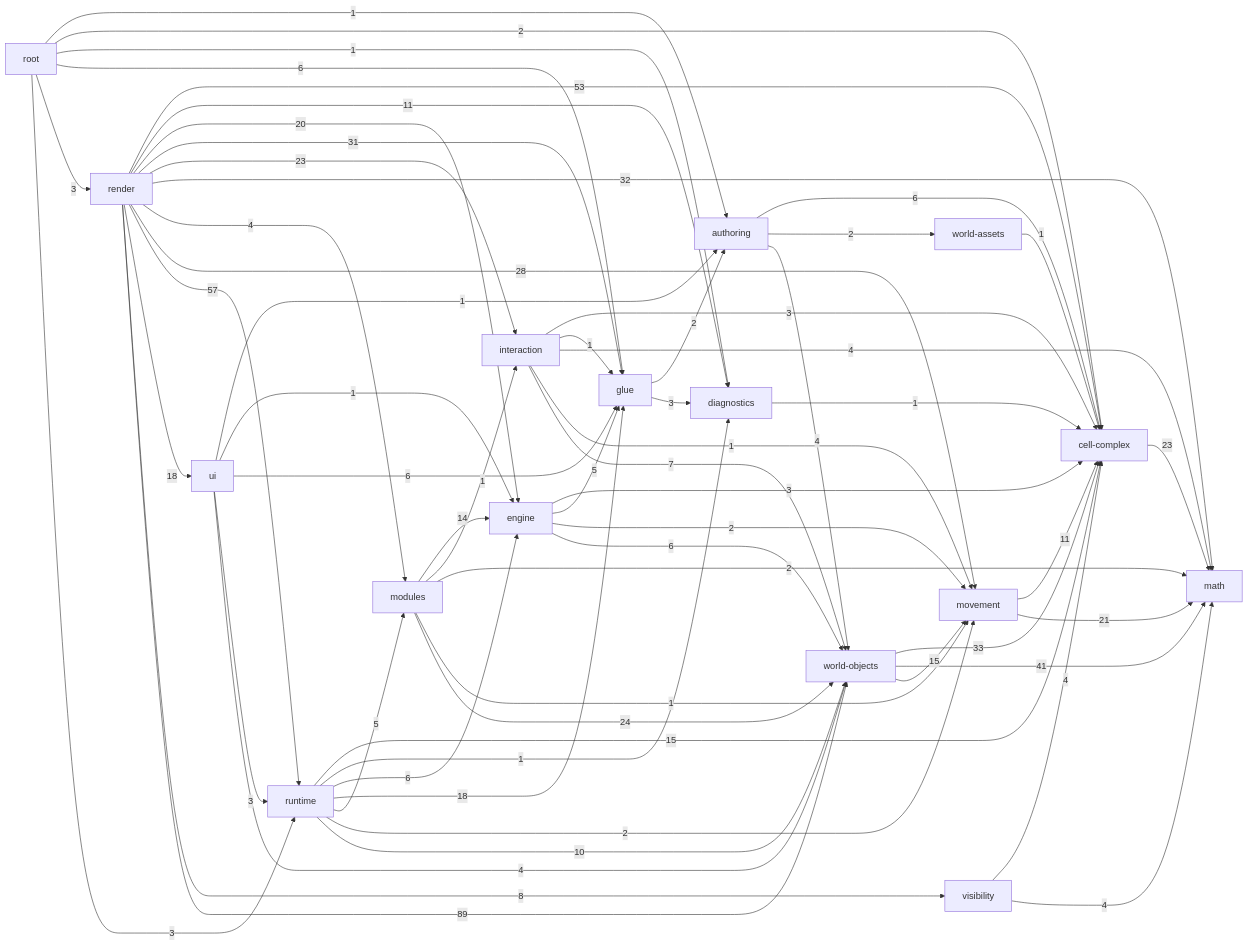
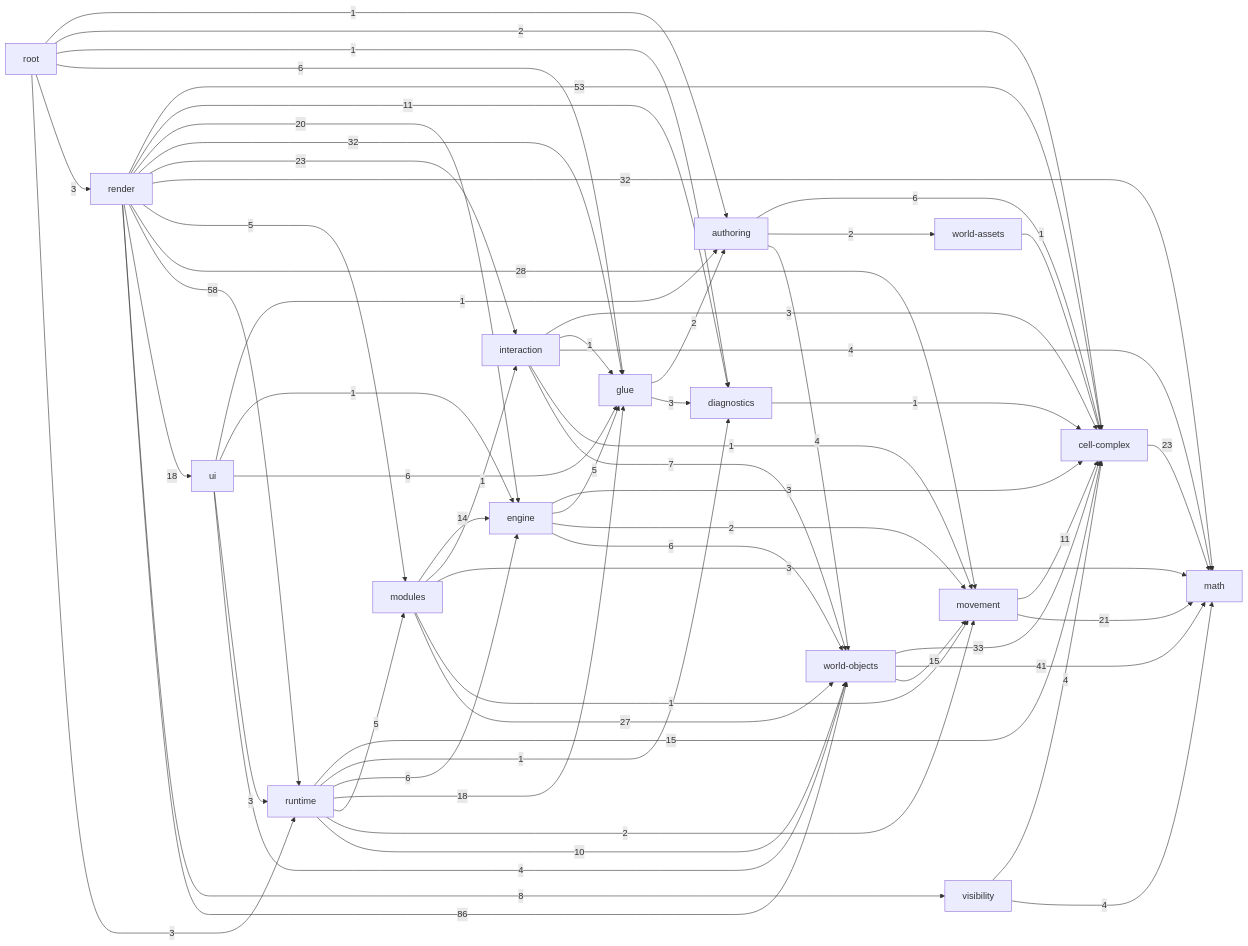
One commit to guraltsev/noneuclid-fpv changed the diagram in _docs/generated/ARCHITECTURE_REFERENCE.md. Above: the diagram before and after it, drawn with Mermaid. The commit also changed other lines of this file and 51 other files, not shown here.

````diff
--- a/_docs/generated/ARCHITECTURE_REFERENCE.md
+++ b/_docs/generated/ARCHITECTURE_REFERENCE.md
@@ -37,78 +37,78 @@
 ```mermaid
 flowchart LR
   math["math"]
   cell_complex["cell-complex"]
   diagnostics["diagnostics"]
   visibility["visibility"]
   movement["movement"]
   world_assets["world-assets"]
   world_objects["world-objects"]
   authoring["authoring"]
   glue["glue"]
   interaction["interaction"]
   engine["engine"]
   modules["modules"]
   runtime["runtime"]
   ui["ui"]
   render["render"]
   root["root"]
   authoring -->|6| cell_complex
   authoring -->|2| world_assets
   authoring -->|4| world_objects
   cell_complex -->|23| math
   diagnostics -->|1| cell_complex
   engine -->|3| cell_complex
   engine -->|5| glue
   engine -->|2| movement
   engine -->|6| world_objects
   glue -->|2| authoring
   glue -->|3| diagnostics
   interaction -->|3| cell_complex
   interaction -->|1| glue
   interaction -->|4| math
   interaction -->|1| movement
   interaction -->|7| world_objects
   modules -->|14| engine
   modules -->|1| interaction
-  modules -->|2| math
+  modules -->|3| math
   modules -->|1| movement
-  modules -->|24| world_objects
+  modules -->|27| world_objects
   movement -->|11| cell_complex
   movement -->|21| math
   render -->|53| cell_complex
   render -->|11| diagnostics
   render -->|20| engine
-  render -->|31| glue
+  render -->|32| glue
   render -->|23| interaction
   render -->|32| math
-  render -->|4| modules
+  render -->|5| modules
   render -->|28| movement
-  render -->|57| runtime
+  render -->|58| runtime
   render -->|18| ui
   render -->|8| visibility
-  render -->|89| world_objects
+  render -->|86| world_objects
   root -->|1| authoring
   root -->|2| cell_complex
   root -->|1| diagnostics
   root -->|6| glue
   root -->|3| render
   root -->|3| runtime
   runtime -->|15| cell_complex
   runtime -->|1| diagnostics
   runtime -->|6| engine
   runtime -->|18| glue
   runtime -->|5| modules
   runtime -->|2| movement
   runtime -->|10| world_objects
   ui -->|1| authoring
   ui -->|1| engine
   ui -->|6| glue
   ui -->|3| runtime
   ui -->|4| world_objects
   visibility -->|4| cell_complex
   visibility -->|4| math
   world_assets -->|1| cell_complex
   world_objects -->|33| cell_complex
   world_objects -->|41| math
   world_objects -->|15| movement
 ```
````
